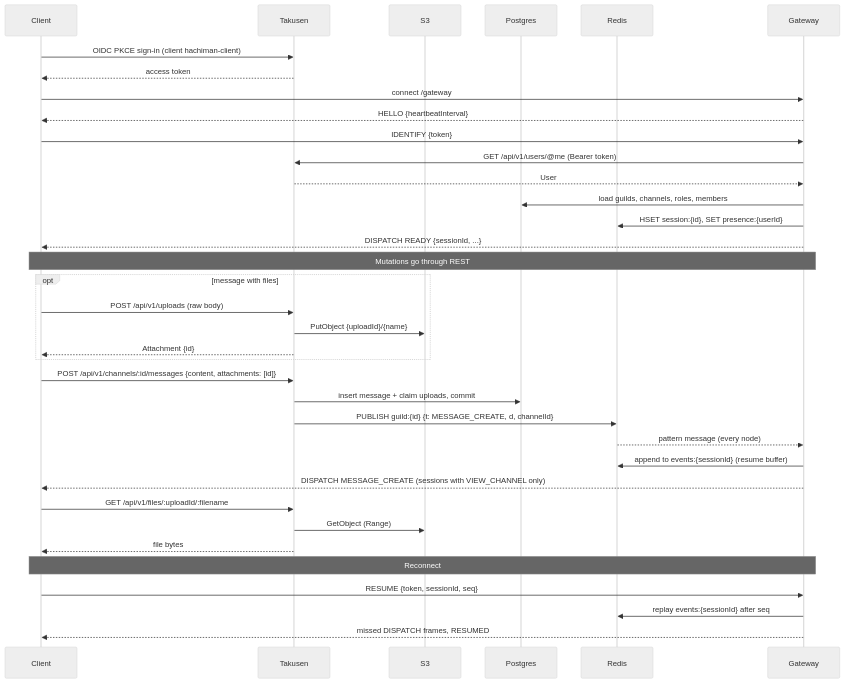
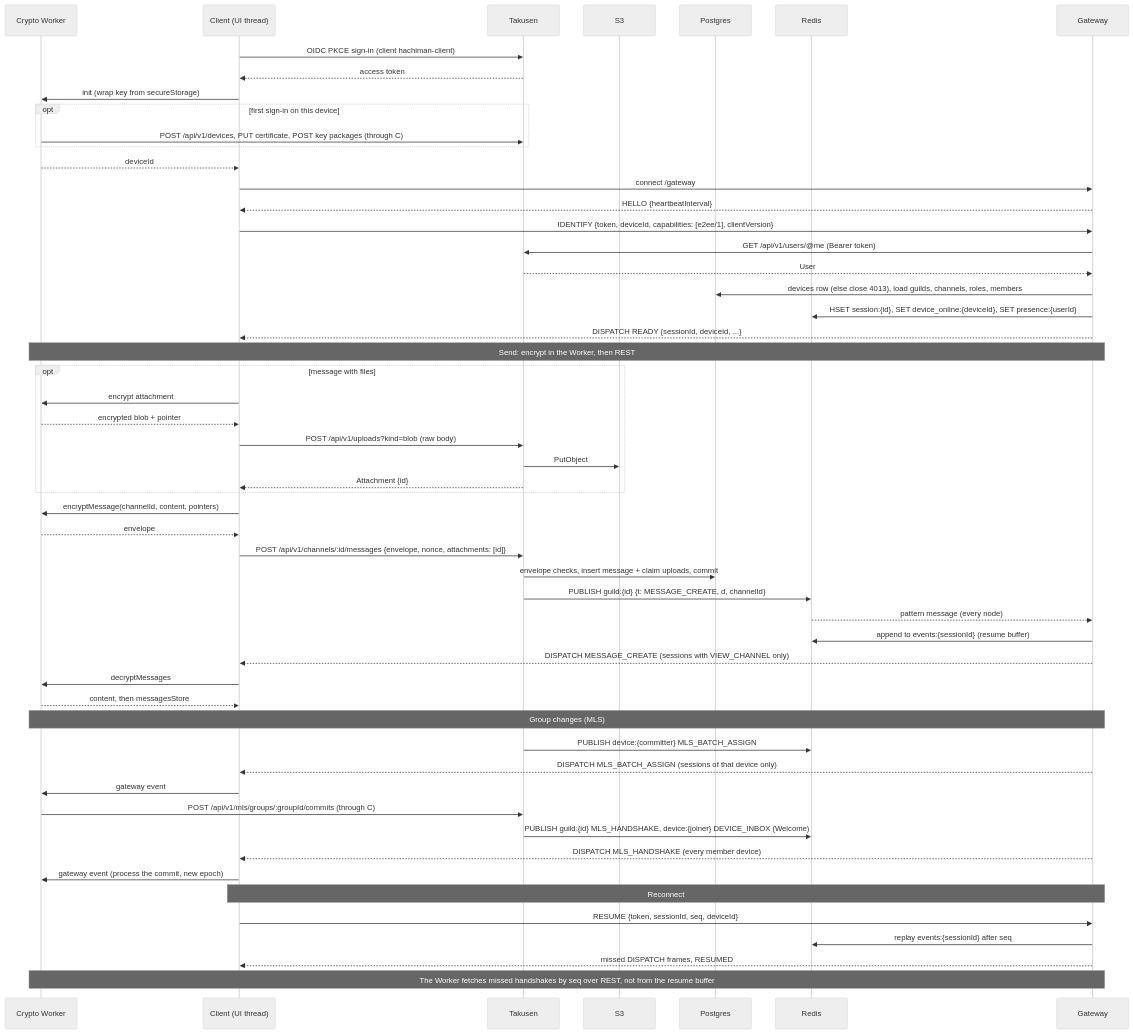
One commit to dan-hummelstad/hachiman changed the second of 4 diagrams in README.md. Above: the diagram before and after it, drawn with Mermaid (neutral theme). The commit also changed other lines of this file and 339 other files, not shown here.

Commit message:
feat(e2ee): implement crypto package, Takusen DS, gateway/media, client lib, UI and hosts

````diff
--- a/README.md
+++ b/README.md
@@ -82,41 +98,60 @@
 ```mermaid
 sequenceDiagram
-  participant C as Client
+  participant W as Crypto Worker
+  participant C as Client (UI thread)
   participant O as Takusen
   participant S3 as S3
   participant PG as Postgres
   participant R as Redis
   participant G as Gateway
 
   C->>O: OIDC PKCE sign-in (client hachiman-client)
   O-->>C: access token
+  C->>W: init (wrap key from secureStorage)
+  opt first sign-in on this device
+    W->>O: POST /api/v1/devices, PUT certificate, POST key packages (through C)
+  end
+  W-->>C: deviceId
   C->>G: connect /gateway
   G-->>C: HELLO {heartbeatInterval}
-  C->>G: IDENTIFY {token}
+  C->>G: IDENTIFY {token, deviceId, capabilities: [e2ee/1], clientVersion}
   G->>O: GET /api/v1/users/@me (Bearer token)
   O-->>G: User
-  G->>PG: load guilds, channels, roles, members
-  G->>R: HSET session:{id}, SET presence:{userId}
-  G-->>C: DISPATCH READY {sessionId, ...}
+  G->>PG: devices row (else close 4013), load guilds, channels, roles, members
+  G->>R: HSET session:{id}, SET device_online:{deviceId}, SET presence:{userId}
+  G-->>C: DISPATCH READY {sessionId, deviceId, ...}
 
-  Note over C,G: Mutations go through REST
+  Note over W,G: Send: encrypt in the Worker, then REST
   opt message with files
-    C->>O: POST /api/v1/uploads (raw body)
-    O->>S3: PutObject {uploadId}/{name}
+    C->>W: encrypt attachment
+    W-->>C: encrypted blob + pointer
+    C->>O: POST /api/v1/uploads?kind=blob (raw body)
+    O->>S3: PutObject
     O-->>C: Attachment {id}
   end
-  C->>O: POST /api/v1/channels/:id/messages {content, attachments: [id]}
-  O->>PG: insert message + claim uploads, commit
+  C->>W: encryptMessage(channelId, content, pointers)
+  W-->>C: envelope
+  C->>O: POST /api/v1/channels/:id/messages {envelope, nonce, attachments: [id]}
+  O->>PG: envelope checks, insert message + claim uploads, commit
   O->>R: PUBLISH guild:{id} {t: MESSAGE_CREATE, d, channelId}
   R-->>G: pattern message (every node)
   G->>R: append to events:{sessionId} (resume buffer)
   G-->>C: DISPATCH MESSAGE_CREATE (sessions with VIEW_CHANNEL only)
-  C->>O: GET /api/v1/files/:uploadId/:filename
-  O->>S3: GetObject (Range)
-  O-->>C: file bytes
+  C->>W: decryptMessages
+  W-->>C: content, then messagesStore
+
+  Note over W,G: Group changes (MLS)
+  O->>R: PUBLISH device:{committer} MLS_BATCH_ASSIGN
+  G-->>C: DISPATCH MLS_BATCH_ASSIGN (sessions of that device only)
+  C->>W: gateway event
+  W->>O: POST /api/v1/mls/groups/:groupId/commits (through C)
+  O->>R: PUBLISH guild:{id} MLS_HANDSHAKE, device:{joiner} DEVICE_INBOX (Welcome)
+  G-->>C: DISPATCH MLS_HANDSHAKE (every member device)
+  C->>W: gateway event (process the commit, new epoch)
 
   Note over C,G: Reconnect
-  C->>G: RESUME {token, sessionId, seq}
+  C->>G: RESUME {token, sessionId, seq, deviceId}
   G->>R: replay events:{sessionId} after seq
   G-->>C: missed DISPATCH frames, RESUMED
+  Note over W,G: The Worker fetches missed handshakes by seq over REST, not from the resume buffer
 ```
````
